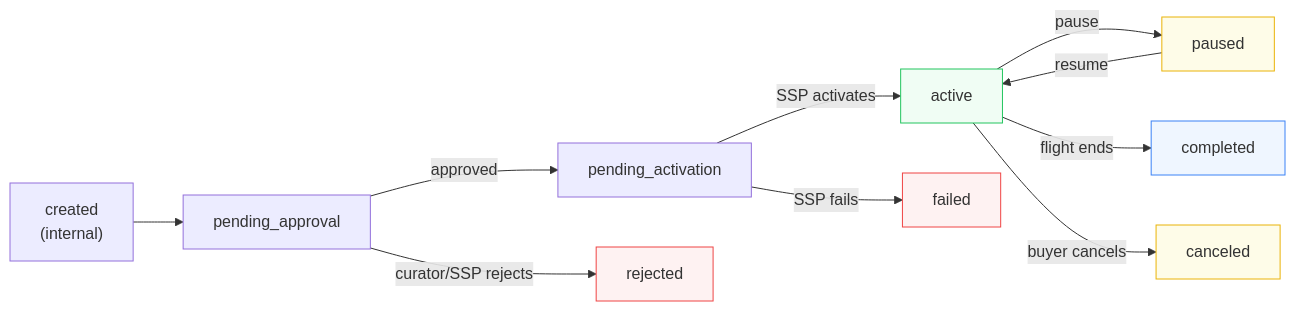
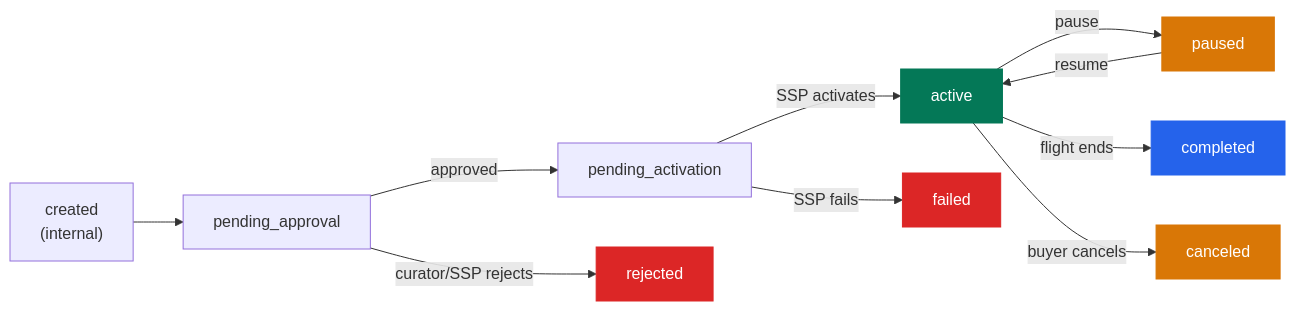
One commit to Pubx-ai/adcp changed the diagram in docs/curation/specification.mdx. Above: the diagram before and after it, drawn with Mermaid. The commit also changed 1 other file, not shown here.

Commit message:
docs(curation): fix mermaid diagrams for dark mode compatibility

````diff
--- a/docs/curation/specification.mdx
+++ b/docs/curation/specification.mdx
@@ -82,19 +82,19 @@
 ```mermaid
 flowchart LR
     created["created<br/>(internal)"] --> pending_approval["pending_approval"]
     pending_approval -->|"approved"| pending_activation["pending_activation"]
     pending_approval -->|"curator/SSP rejects"| rejected["rejected"]
     pending_activation -->|"SSP activates"| active["active"]
     pending_activation -->|"SSP fails"| failed["failed"]
     active -->|"pause"| paused["paused"]
     paused -->|"resume"| active
     active -->|"flight ends"| completed["completed"]
     active -->|"buyer cancels"| canceled["canceled"]
 
-    style rejected fill:#fef2f2,stroke:#ef4444
-    style failed fill:#fef2f2,stroke:#ef4444
-    style active fill:#f0fdf4,stroke:#22c55e
-    style completed fill:#eff6ff,stroke:#3b82f6
-    style canceled fill:#fefce8,stroke:#eab308
-    style paused fill:#fefce8,stroke:#eab308
+    style rejected fill:#dc2626,color:#fff,stroke:#dc2626
+    style failed fill:#dc2626,color:#fff,stroke:#dc2626
+    style active fill:#047857,color:#fff,stroke:#047857
+    style completed fill:#2563eb,color:#fff,stroke:#2563eb
+    style canceled fill:#d97706,color:#fff,stroke:#d97706
+    style paused fill:#d97706,color:#fff,stroke:#d97706
 ```
````
